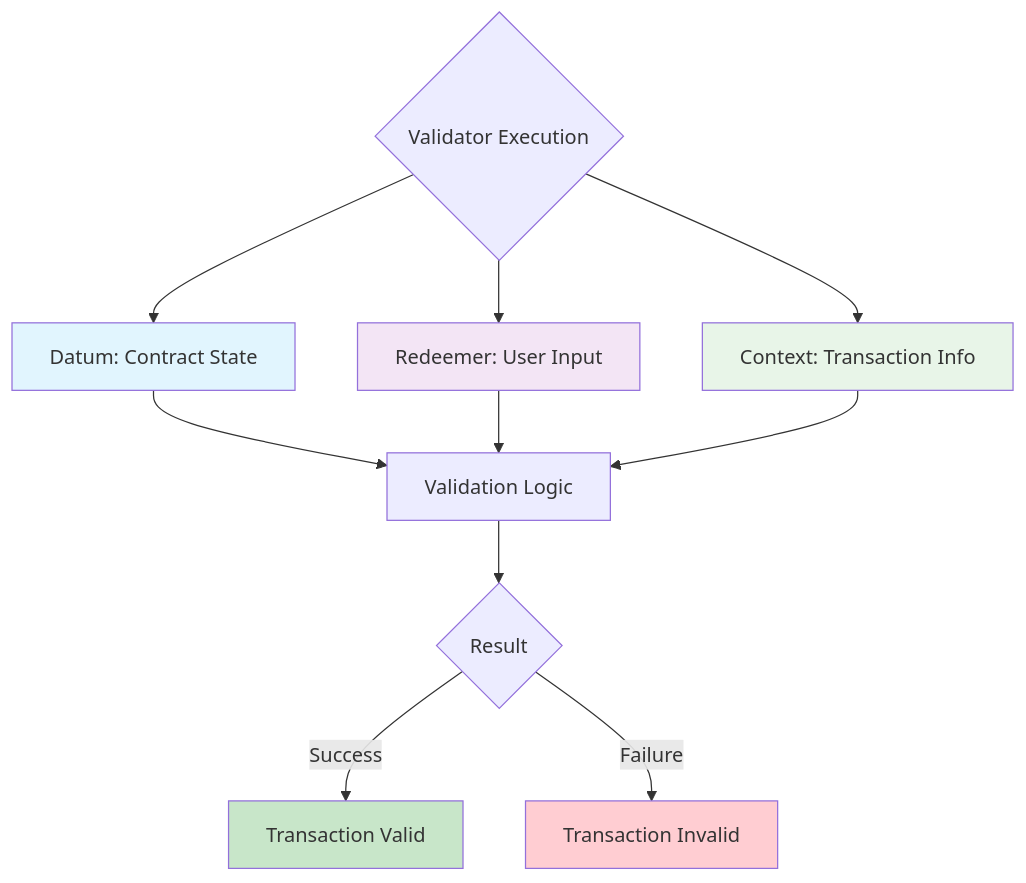
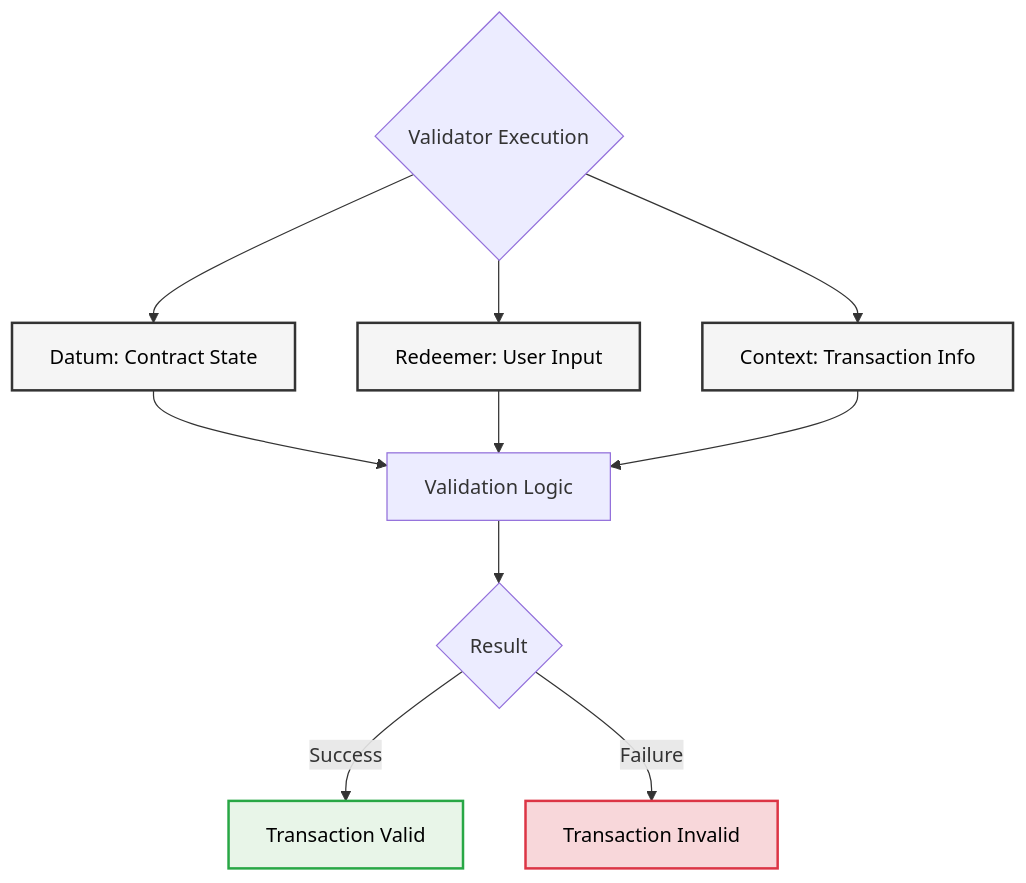
The first of 2 diagrams in docs/smart-contracts/overview.md (cardano-foundation/developer-portal), drawn with Mermaid before and after one commit. The commit also changed other lines of this file, not shown here.

Commit message:
mermaid diagrams text color styling

````diff
--- a/docs/smart-contracts/overview.md
+++ b/docs/smart-contracts/overview.md
@@ -73,19 +73,19 @@
 ```mermaid
 flowchart TD
     B{Validator Execution}
     B --> C[Datum: Contract State]
     B --> D[Redeemer: User Input]
     B --> E[Context: Transaction Info]
     C --> F[Validation Logic]
     D --> F
     E --> F
     F --> G{Result}
     G -->|Success| H[Transaction Valid]
     G -->|Failure| I[Transaction Invalid]
 
-    style C fill:#e1f5fe
-    style D fill:#f3e5f5
-    style E fill:#e8f5e8
-    style H fill:#c8e6c9
-    style I fill:#ffcdd2
+    style C fill:#f5f5f5,stroke:#333,stroke-width:2px,color:#000
+    style D fill:#f5f5f5,stroke:#333,stroke-width:2px,color:#000
+    style E fill:#f5f5f5,stroke:#333,stroke-width:2px,color:#000
+    style H fill:#e8f5e8,stroke:#28a745,stroke-width:2px,color:#000
+    style I fill:#f8d7da,stroke:#dc3545,stroke-width:2px,color:#000
 ```
````
